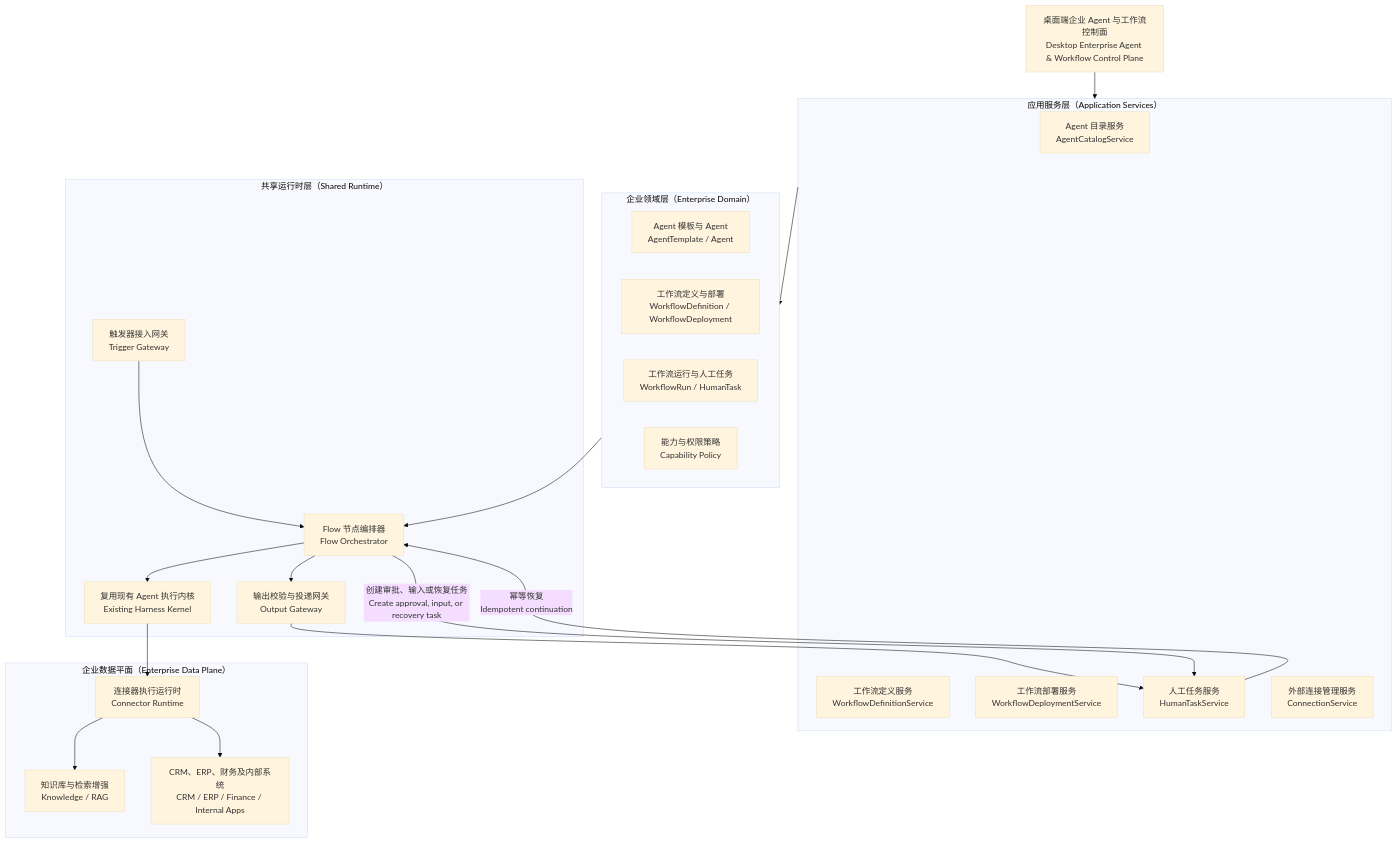
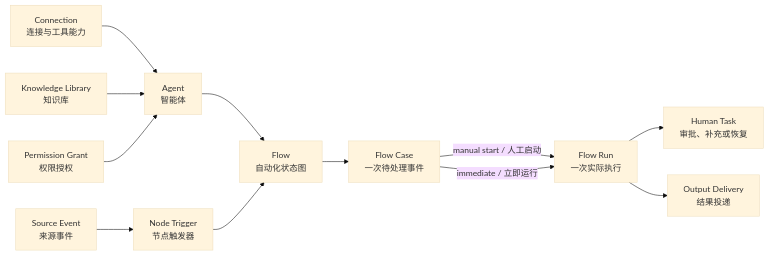
The first of 3 diagrams in docs/flow-mode-refactor-design-zh-cn.md (StagoMax/OpenTopia), drawn with Mermaid (base theme) before and after one commit. The commit also changed other lines of this file and 87 other files, not shown here.

Commit message:
feat(flow): replace legacy deployments with active flows

````diff
--- a/docs/flow-mode-refactor-design-zh-cn.md
+++ b/docs/flow-mode-refactor-design-zh-cn.md
@@ -477,45 +25,14 @@
 ```mermaid
-flowchart TB
-    UI["桌面端企业 Agent 与工作流控制面<br/>Desktop Enterprise Agent & Workflow Control Plane"]
-
-    subgraph APP["应用服务层（Application Services）"]
-        AC["Agent 目录服务<br/>AgentCatalogService"]
-        FC["工作流定义服务<br/>WorkflowDefinitionService"]
-        ES["工作流部署服务<br/>WorkflowDeploymentService"]
-        RS["人工任务服务<br/>HumanTaskService"]
-        CS["外部连接管理服务<br/>ConnectionService"]
-    end
-
-    subgraph DOMAIN["企业领域层（Enterprise Domain）"]
-        AT["Agent 模板与 Agent<br/>AgentTemplate / Agent"]
-        FD["工作流定义与部署<br/>WorkflowDefinition / WorkflowDeployment"]
-        FR["工作流运行与人工任务<br/>WorkflowRun / HumanTask"]
-        CP["能力与权限策略<br/>Capability Policy"]
-    end
-
-    subgraph RUNTIME["共享运行时层（Shared Runtime）"]
-        TR["触发器接入网关<br/>Trigger Gateway"]
-        OR["Flow 节点编排器<br/>Flow Orchestrator"]
-        HK["复用现有 Agent 执行内核<br/>Existing Harness Kernel"]
-        OG["输出校验与投递网关<br/>Output Gateway"]
-    end
-
-    subgraph DATA["企业数据平面（Enterprise Data Plane）"]
-        CN["连接器执行运行时<br/>Connector Runtime"]
-        KB["知识库与检索增强<br/>Knowledge / RAG"]
-        AP["CRM、ERP、财务及内部系统<br/>CRM / ERP / Finance / Internal Apps"]
-    end
-
-    UI --> APP
-    APP --> DOMAIN
-    TR --> OR
-    OR --> HK
-    HK --> CN
-    CN --> KB
-    CN --> AP
-    OR --> OG
-    OG --> RS
-    OR -->|创建审批、输入或恢复任务<br/>Create approval, input, or recovery task| RS
-    RS -->|幂等恢复<br/>Idempotent continuation| OR
-    DOMAIN --> OR
+flowchart LR
+    C["Connection<br/>连接与工具能力"] --> A["Agent<br/>智能体"]
+    K["Knowledge Library<br/>知识库"] --> A
+    P["Permission Grant<br/>权限授权"] --> A
+    A --> F["Flow<br/>自动化状态图"]
+    E["Source Event<br/>来源事件"] --> T["Node Trigger<br/>节点触发器"]
+    T --> F
+    F --> FC["Flow Case<br/>一次待处理事件"]
+    FC -->|"manual start / 人工启动"| FR["Flow Run<br/>一次实际执行"]
+    FC -->|"immediate / 立即运行"| FR
+    FR --> H["Human Task<br/>审批、补充或恢复"]
+    FR --> O["Output Delivery<br/>结果投递"]
 ```
````
